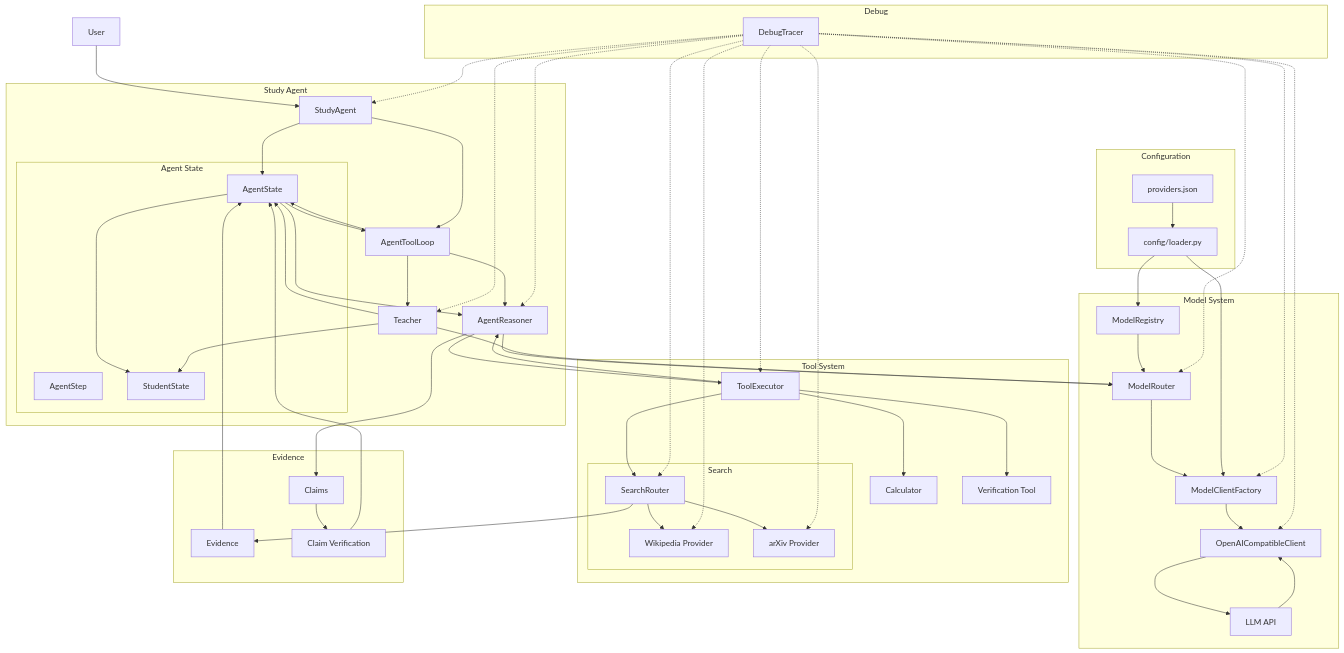
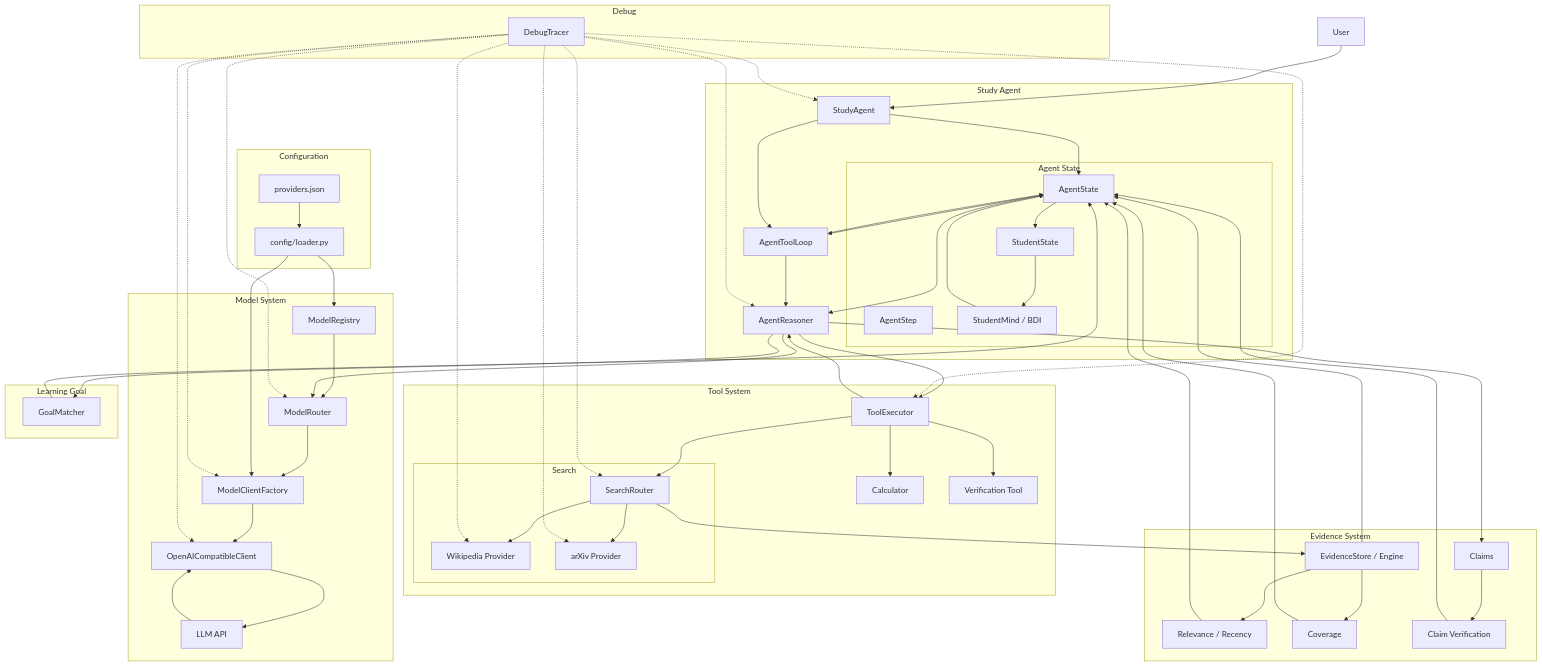
The first of 2 diagrams in README.md (Erdoschn/Study-agent), drawn with Mermaid before and after one commit. The commit also changed other lines of this file, not shown here.

Commit message:
docs: update README architecture diagrams

````diff
--- a/README.md
+++ b/README.md
@@ -18,19 +18,20 @@
             AS["AgentState"]
             STEP["AgentStep"]
             STUDENT["StudentState"]
+            MIND["StudentMind / BDI"]
         end
 
         LOOP["AgentToolLoop"]
         REASONER["AgentReasoner"]
-        TEACHER["Teacher"]
 
         SA --> AS
         SA --> LOOP
         LOOP --> REASONER
-        LOOP --> TEACHER
         AS --> LOOP
         LOOP --> AS
         AS --> STUDENT
+        STUDENT --> MIND
+        MIND --> AS
     end
 
     subgraph MODEL["Model System"]
@@ -67,10 +68,23 @@
         EXECUTOR --> VERIFY
     end
 
-    subgraph EVIDENCE["Evidence"]
-        EVI["Evidence"]
+    subgraph EVIDENCE["Evidence System"]
+        EVI["EvidenceStore / Engine"]
+        RELEVANCE["Relevance / Recency"]
+        COVERAGE["Coverage"]
         CLAIM["Claims"]
         CHECK["Claim Verification"]
+
+        EVI --> RELEVANCE
+        EVI --> COVERAGE
+        CLAIM --> CHECK
+        CHECK --> AS
+        RELEVANCE --> AS
+        COVERAGE --> AS
+    end
+
+    subgraph GOAL["Learning Goal"]
+        GOALMATCH["GoalMatcher"]
     end
 
     subgraph DEBUG["Debug"]
@@ -83,8 +97,6 @@
     LOADER --> FACTORY
 
     REASONER --> ROUTER
-    TEACHER --> ROUTER
-
     REASONER --> EXECUTOR
     EXECUTOR --> REASONER
 
@@ -92,11 +104,10 @@
     EVI --> AS
 
     REASONER --> CLAIM
-    CLAIM --> CHECK
-    CHECK --> AS
+    REASONER --> GOALMATCH
+    GOALMATCH --> AS
 
-    TEACHER --> AS
-    TEACHER --> STUDENT
+    AS --> REASONER
 
     TRACE -.-> SA
     TRACE -.-> REASONER
@@ -107,7 +118,4 @@
     TRACE -.-> SEARCH_ROUTER
     TRACE -.-> WIKI
     TRACE -.-> ARXIV
-    TRACE -.-> TEACHER
-
-    AS --> REASONER
 ```
````
